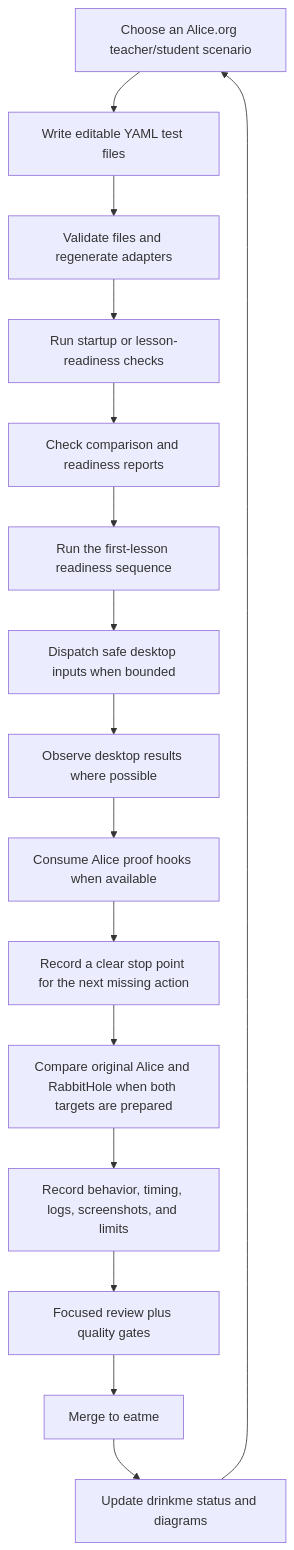
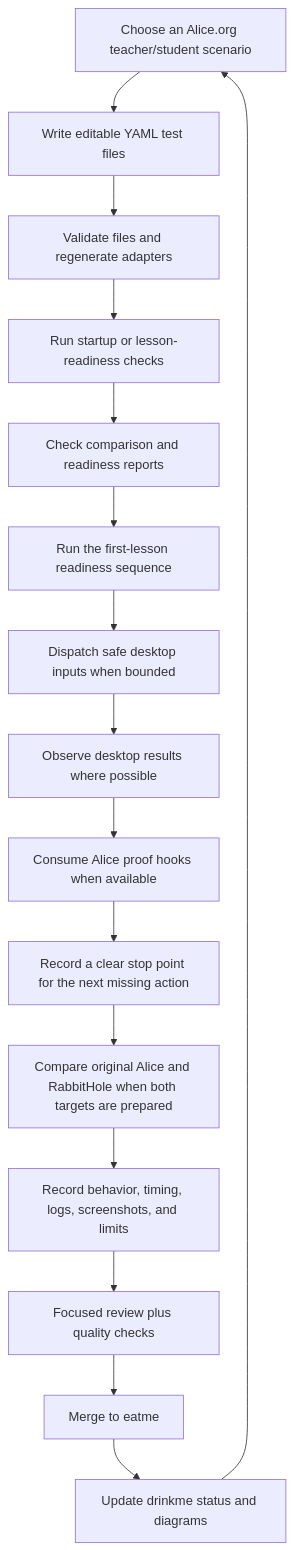
The sixth of 6 diagrams in README.md (rysweet/drinkme), drawn with Mermaid before and after one commit. The commit also changed other lines of this file and 7 other files, not shown here.

````diff
--- a/README.md
+++ b/README.md
@@ -201,18 +204,18 @@
 ```mermaid
 flowchart TD
   A["Choose an Alice.org teacher/student scenario"] --> Y["Write editable YAML test files"]
   Y --> G["Validate files and regenerate adapters"]
   G --> H["Run startup or lesson-readiness checks"]
   H --> L["Check comparison and readiness reports"]
   L --> Q["Run the first-lesson readiness sequence"]
   Q --> D["Dispatch safe desktop inputs when bounded"]
   D --> W["Observe desktop results where possible"]
   W --> O["Consume Alice proof hooks when available"]
   O --> N["Record a clear stop point for the next missing action"]
   N --> C["Compare original Alice and RabbitHole when both targets are prepared"]
   C --> B["Record behavior, timing, logs, screenshots, and limits"]
-  B --> R["Focused review plus quality gates"]
+  B --> R["Focused review plus quality checks"]
   R --> M["Merge to eatme"]
   M --> S["Update drinkme status and diagrams"]
   S --> A
 ```
````
